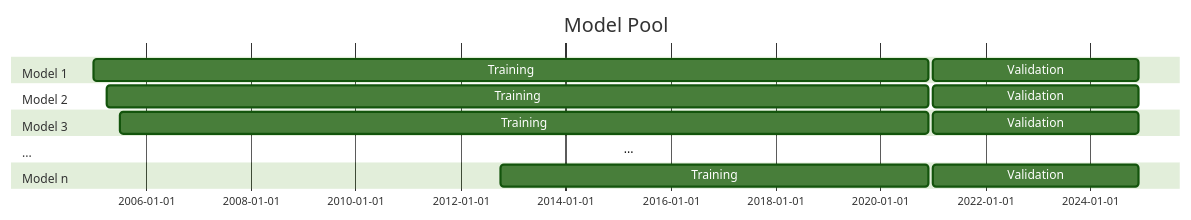
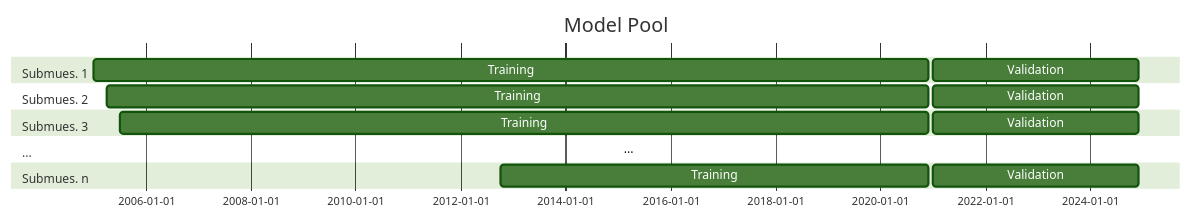
One commit to DIE-BG/DIE-BG.github.io changed the first of 3 diagrams in hefm/results/SVAR50_4B/SVAR50_forecast_OS_initialEstPeriod/forecast_OS_initialEstPeriod.qmd. Above: the diagram before and after it, drawn with Mermaid. The commit also changed other lines of this file and 2 other files, not shown here.

````diff
--- a/hefm/results/SVAR50_4B/SVAR50_forecast_OS_initialEstPeriod/forecast_OS_initialEstPeriod.qmd
+++ b/hefm/results/SVAR50_4B/SVAR50_forecast_OS_initialEstPeriod/forecast_OS_initialEstPeriod.qmd
@@ -111,32 +111,32 @@
 ```{mermaid}
 %%| fig-width: 6
 
 
 %%{
 init: {
   "gantt": {
   "displayMode":"compact"
   },
   "securityLevel": "loose",
   "theme": "forest"   
 }
 }%%
 gantt
     title Model Pool
     dateFormat  YYYY-QQ
-    section Model 1
+    section Submues. 1
     Training           :a1, 2005-01, 191M
     Validation      :a2, 2021-01, 47M
-    section Model 2
+    section Submues. 2
     Training           :a1, 2005-04, 188M
     Validation      :a2, 2021-01, 47M
-    section Model 3
+    section Submues. 3
     Training          :a1, 2005-07, 185M
     Validation      :a2, 2021-01, 47M
     section ...
     ... :a1, 2015-01-02, 
-    section Model n
+    section Submues. n
     Training          :a1, 2012-10, 98M
     Validation      :a2, 2021-01, 47M
 
 ```
````
